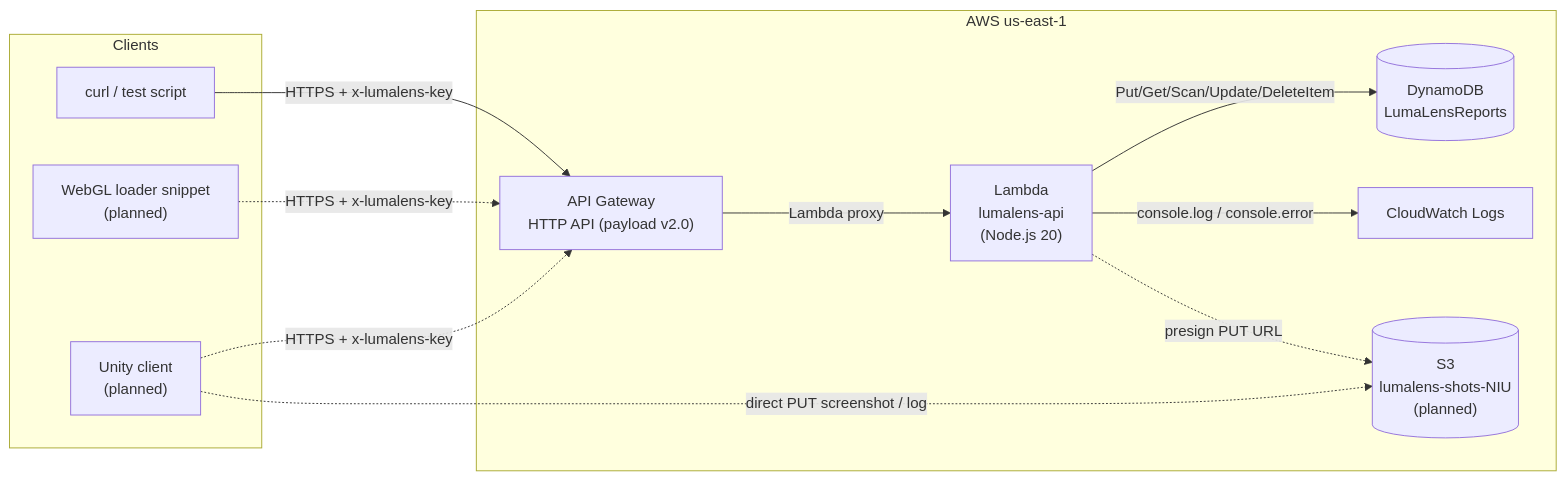
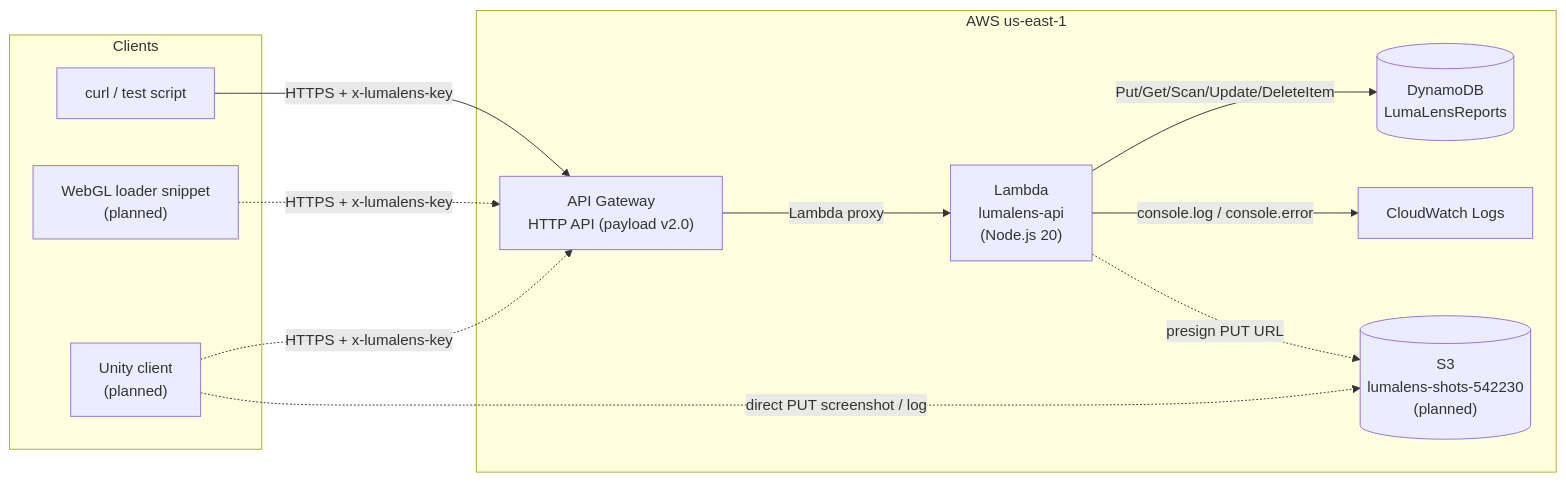
One commit to AkioAfif/LumaLens changed the diagram in docs/architecture.md. Above: the diagram before and after it, drawn with Mermaid. The commit also changed other lines of this file and 3 other files, not shown here.

````diff
--- a/docs/architecture.md
+++ b/docs/architecture.md
@@ -5,25 +5,25 @@
 ```mermaid
 flowchart LR
     subgraph Clients
         CURL["curl / test script"]
         WEBGL["WebGL loader snippet<br/>(planned)"]
         UNITY["Unity client<br/>(planned)"]
     end
 
     subgraph AWS["AWS us-east-1"]
         APIGW["API Gateway<br/>HTTP API (payload v2.0)"]
         LAMBDA["Lambda<br/>lumalens-api<br/>(Node.js 20)"]
         DDB[("DynamoDB<br/>LumaLensReports")]
         CW["CloudWatch Logs"]
-        S3[("S3<br/>lumalens-shots-NIU<br/>(planned)")]
+        S3[("S3<br/>lumalens-shots-542230<br/>(planned)")]
     end
 
     CURL -->|HTTPS + x-lumalens-key| APIGW
     WEBGL -.->|HTTPS + x-lumalens-key| APIGW
     UNITY -.->|HTTPS + x-lumalens-key| APIGW
     APIGW -->|Lambda proxy| LAMBDA
     LAMBDA -->|Put/Get/Scan/Update/DeleteItem| DDB
     LAMBDA -->|console.log / console.error| CW
     LAMBDA -.->|presign PUT URL| S3
     UNITY -.->|direct PUT screenshot / log| S3
 ```
````
